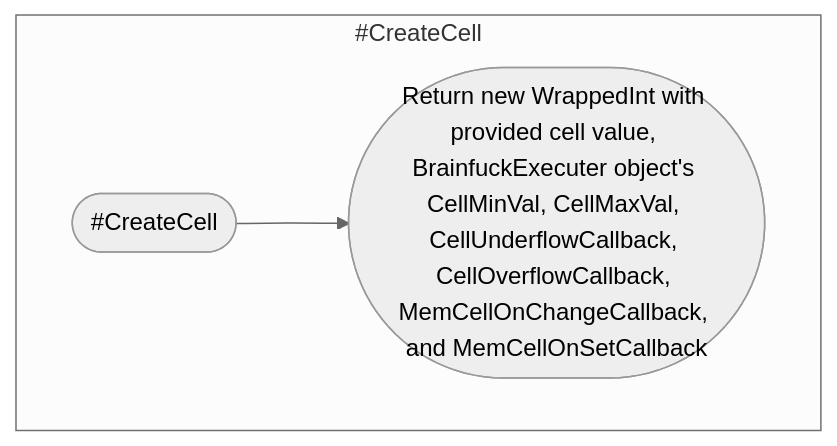
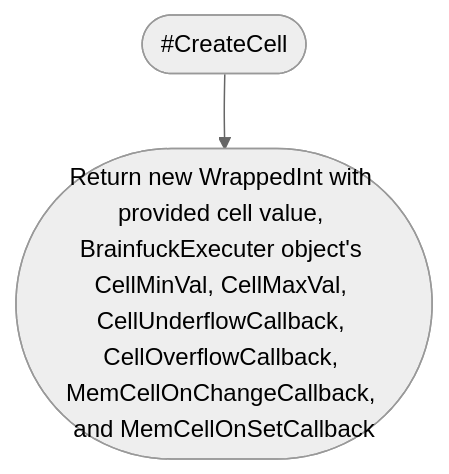
Diagram 13 of 28 in src/Classes_Info/BrainfuckExecuter.md (BCS21090011/BrainFucker), drawn with Mermaid (neutral theme) before and after one commit. The commit also changed other lines of this file, not shown here.

Commit message:
Adjust mermaid flowcharts

````diff
--- a/src/Classes_Info/BrainfuckExecuter.md
+++ b/src/Classes_Info/BrainfuckExecuter.md
@@ -658,12 +646,10 @@
 ```mermaid
 flowchart TD
 
-subgraph #CreateCell
-    Start([#CreateCell])
-    End([Return new WrappedInt with provided cell value, BrainfuckExecuter object's CellMinVal, CellMaxVal, CellUnderflowCallback, CellOverflowCallback, MemCellOnChangeCallback, and MemCellOnSetCallback])
-end
+Start([#CreateCell])
+End([Return new WrappedInt with provided cell value, BrainfuckExecuter object's CellMinVal, CellMaxVal, CellUnderflowCallback, CellOverflowCallback, MemCellOnChangeCallback, and MemCellOnSetCallback])
 
 Start
 -->
 End
 ```
````
